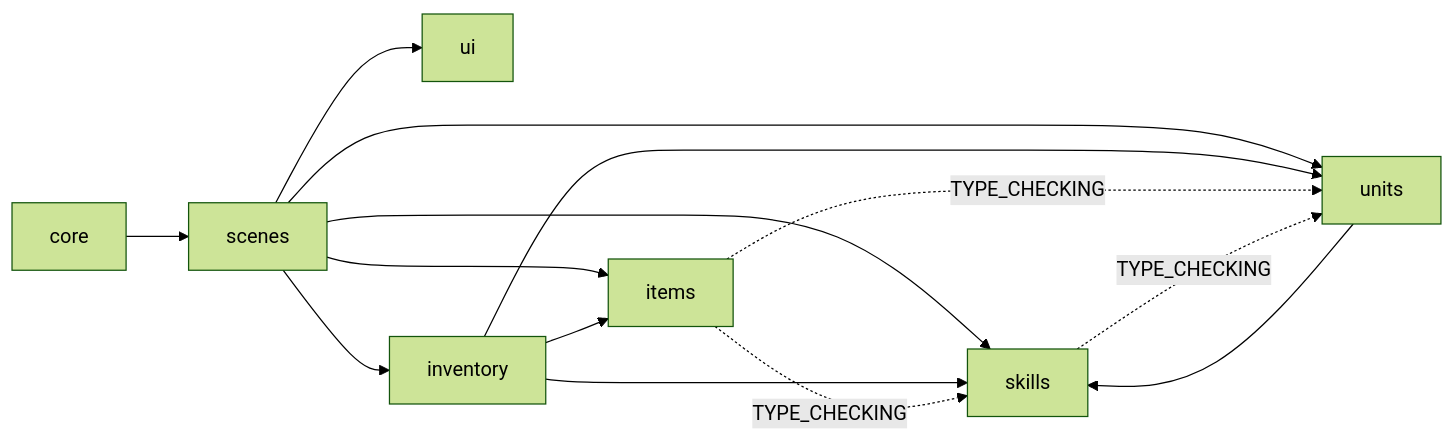
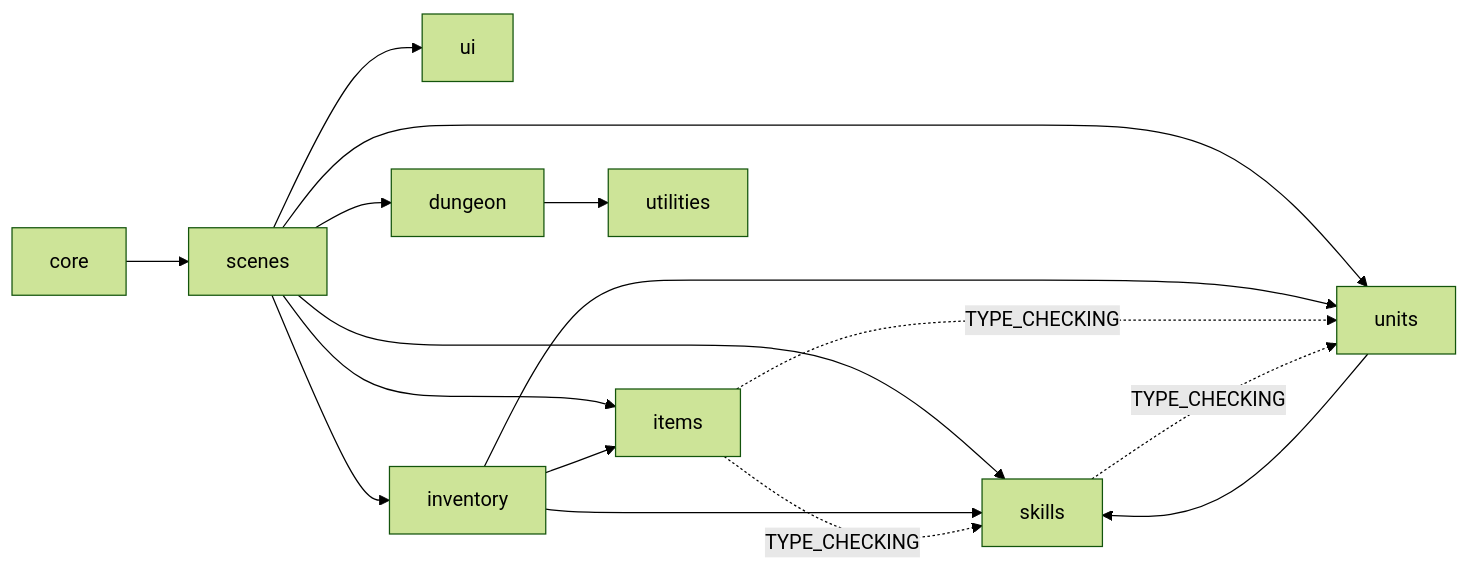
One commit to Ocean-2930/witchcraft changed the diagram in docs/architecture.md. Above: the diagram before and after it, drawn with Mermaid (forest theme). The commit also changed other lines of this file and 16 other files, not shown here.

````diff
--- a/docs/architecture.md
+++ b/docs/architecture.md
@@ -18,16 +19,18 @@
 ```mermaid
 flowchart LR
     Core["core"] --> Scenes["scenes"]
     Scenes --> UI["ui"]
     Scenes --> Inventory["inventory"]
     Scenes --> Items["items"]
     Scenes --> Skills["skills"]
     Scenes --> Units["units"]
+    Scenes --> Dungeon["dungeon"]
+    Dungeon --> Utilities["utilities"]
     Inventory --> Items
     Inventory --> Skills
     Inventory --> Units
     Units --> Skills
     Items -. "TYPE_CHECKING" .-> Skills
     Items -. "TYPE_CHECKING" .-> Units
     Skills -. "TYPE_CHECKING" .-> Units
 ```
````
